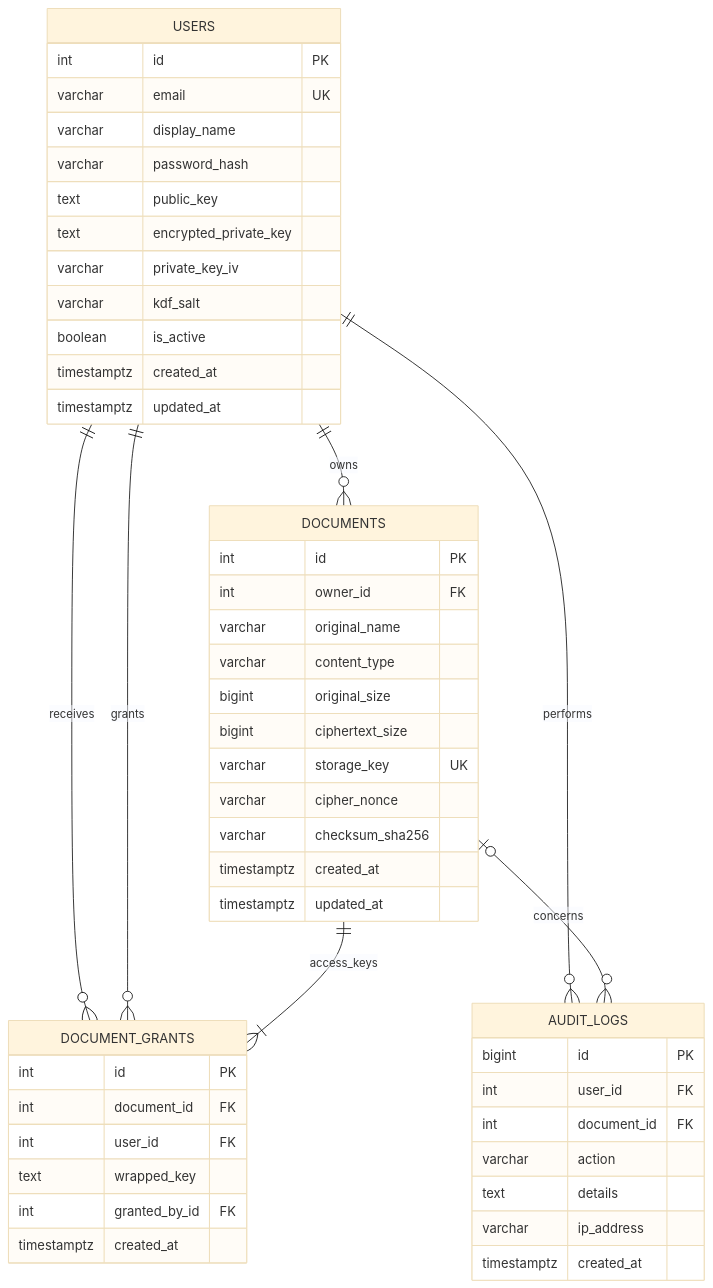
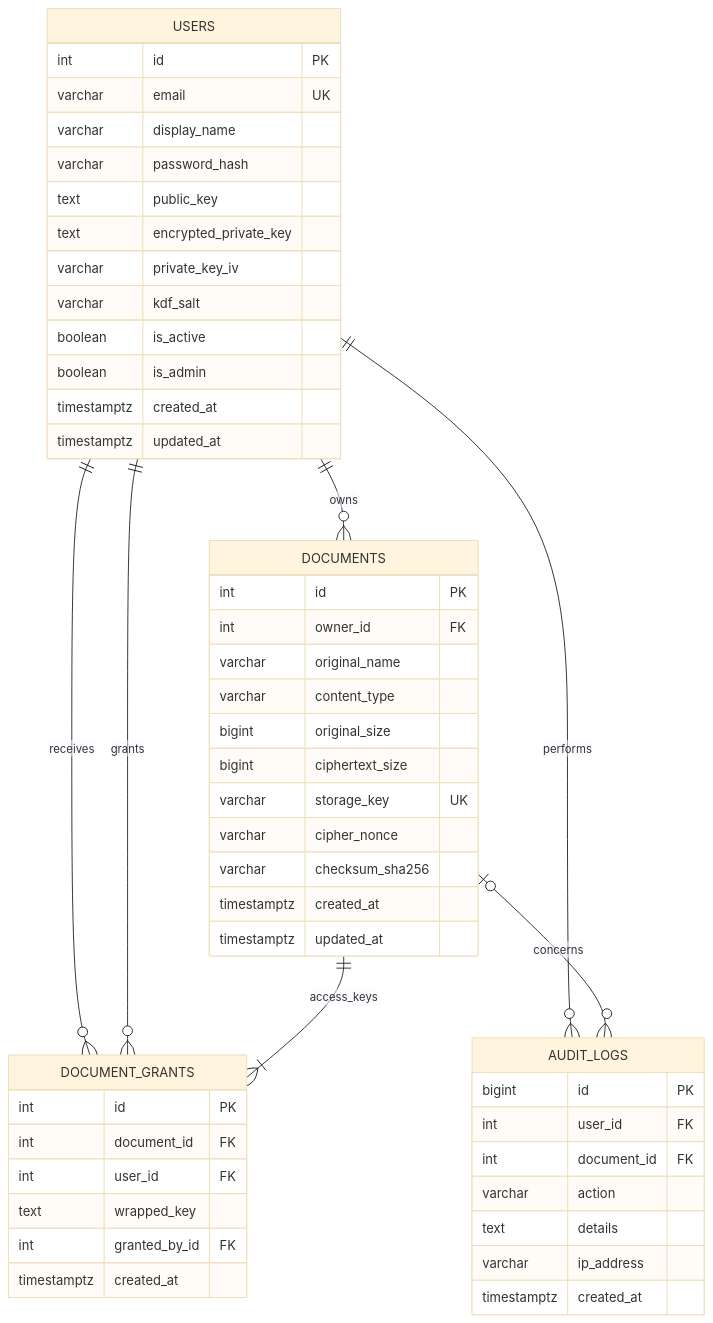
The diagram in docs/erd.md (Giaugg/ATBM), drawn with Mermaid (base theme) before and after one commit. The commit also changed 20 other files, not shown here.

````diff
--- a/docs/erd.md
+++ b/docs/erd.md
@@ -5,53 +5,54 @@
 ```mermaid
 erDiagram
     USERS ||--o{ DOCUMENTS : owns
     USERS ||--o{ DOCUMENT_GRANTS : receives
     USERS ||--o{ DOCUMENT_GRANTS : grants
     DOCUMENTS ||--|{ DOCUMENT_GRANTS : access_keys
     USERS ||--o{ AUDIT_LOGS : performs
     DOCUMENTS o|--o{ AUDIT_LOGS : concerns
 
     USERS {
       int id PK
       varchar email UK
       varchar display_name
       varchar password_hash
       text public_key
       text encrypted_private_key
       varchar private_key_iv
       varchar kdf_salt
       boolean is_active
+      boolean is_admin
       timestamptz created_at
       timestamptz updated_at
     }
     DOCUMENTS {
       int id PK
       int owner_id FK
       varchar original_name
       varchar content_type
       bigint original_size
       bigint ciphertext_size
       varchar storage_key UK
       varchar cipher_nonce
       varchar checksum_sha256
       timestamptz created_at
       timestamptz updated_at
     }
     DOCUMENT_GRANTS {
       int id PK
       int document_id FK
       int user_id FK
       text wrapped_key
       int granted_by_id FK
       timestamptz created_at
     }
     AUDIT_LOGS {
       bigint id PK
       int user_id FK
       int document_id FK
       varchar action
       text details
       varchar ip_address
       timestamptz created_at
     }
 ```
````
